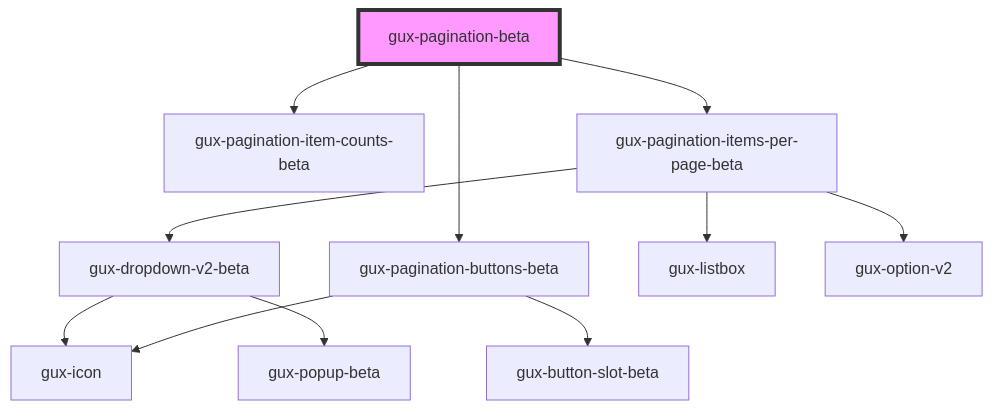
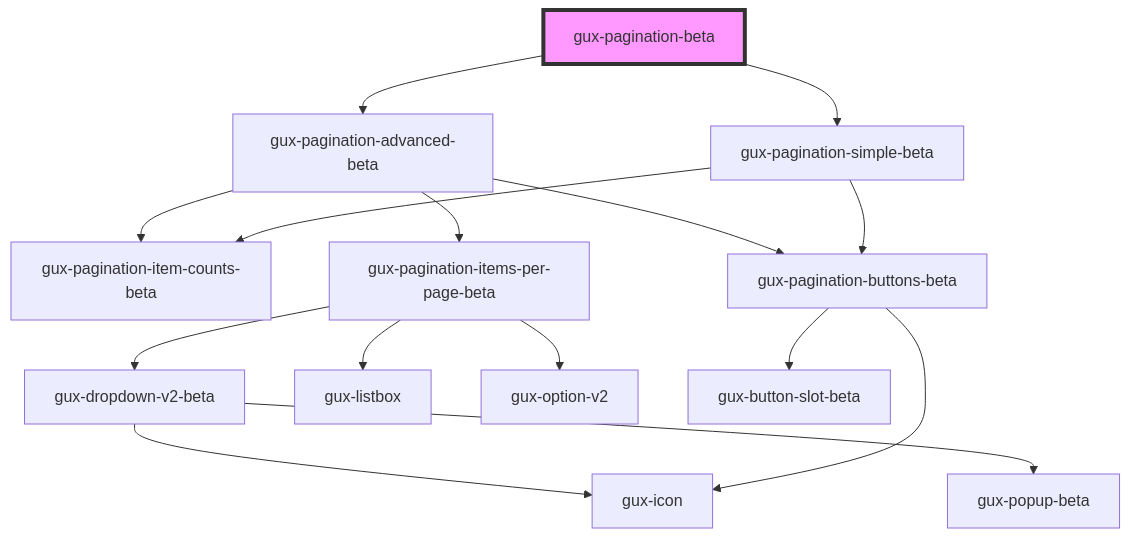
One commit to MyPureCloud/genesys-spark changed the diagram in src/components/beta/gux-pagination-beta/readme.md. Above: the diagram before and after it, drawn with Mermaid. The commit also changed other lines of this file and 21 other files, not shown here.

Commit message:
feat(gux-pagination-beta): pagination options separate components, created pagination beta service

````diff
--- a/src/components/beta/gux-pagination-beta/readme.md
+++ b/src/components/beta/gux-pagination-beta/readme.md
@@ -42,14 +34,18 @@
 ```mermaid
 graph TD;
-  gux-pagination-beta --> gux-pagination-item-counts-beta
-  gux-pagination-beta --> gux-pagination-items-per-page-beta
-  gux-pagination-beta --> gux-pagination-buttons-beta
+  gux-pagination-beta --> gux-pagination-advanced-beta
+  gux-pagination-beta --> gux-pagination-simple-beta
+  gux-pagination-advanced-beta --> gux-pagination-item-counts-beta
+  gux-pagination-advanced-beta --> gux-pagination-items-per-page-beta
+  gux-pagination-advanced-beta --> gux-pagination-buttons-beta
   gux-pagination-items-per-page-beta --> gux-dropdown-v2-beta
   gux-pagination-items-per-page-beta --> gux-listbox
   gux-pagination-items-per-page-beta --> gux-option-v2
   gux-dropdown-v2-beta --> gux-icon
   gux-dropdown-v2-beta --> gux-popup-beta
   gux-pagination-buttons-beta --> gux-button-slot-beta
   gux-pagination-buttons-beta --> gux-icon
+  gux-pagination-simple-beta --> gux-pagination-item-counts-beta
+  gux-pagination-simple-beta --> gux-pagination-buttons-beta
   style gux-pagination-beta fill:#f9f,stroke:#333,stroke-width:4px
 ```
````
